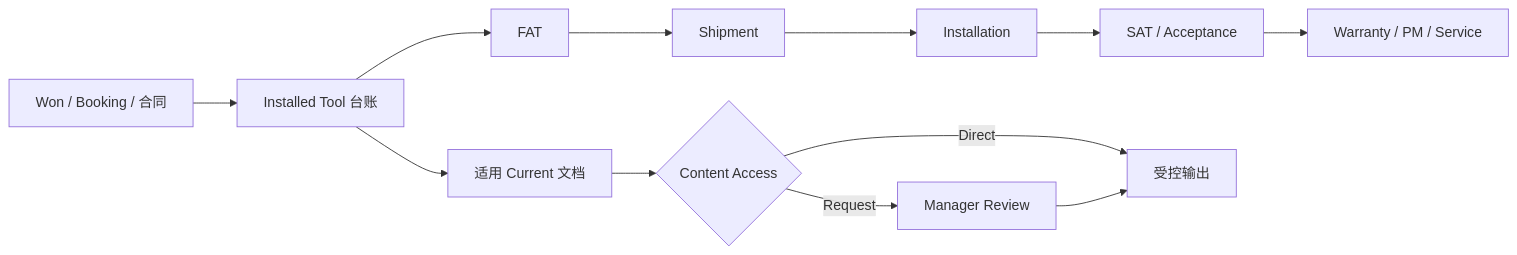
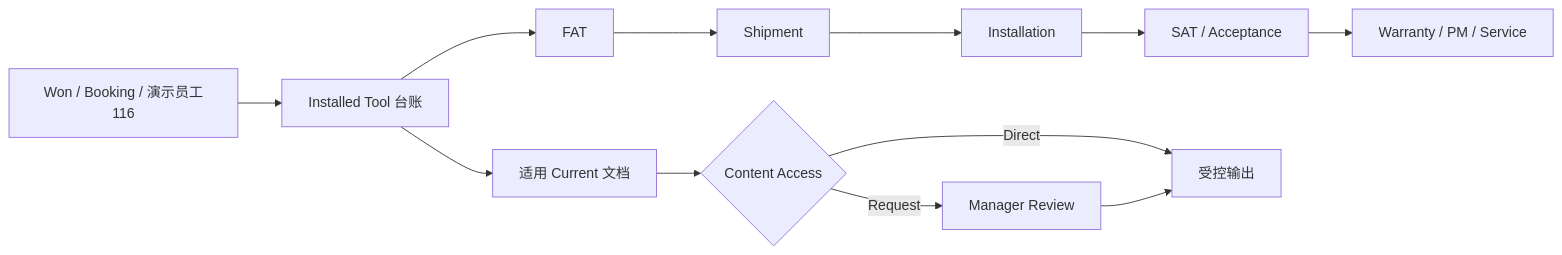
Before and after one commit to Meteor7/crm-system: the third of 3 diagrams in docs/crm-user-operation-manual.md, drawn with Mermaid. The commit also changed other lines of this file and 233 other files, not shown here.

````diff
--- a/docs/crm-user-operation-manual.md
+++ b/docs/crm-user-operation-manual.md
@@ -158,14 +158,14 @@
 ```mermaid
 flowchart LR
-    A["Won / Booking / 合同"] --> B["Installed Tool 台账"]
+    A["Won / Booking / 演示员工116"] --> B["Installed Tool 台账"]
     B --> C["FAT"]
     C --> D["Shipment"]
     D --> E["Installation"]
     E --> F["SAT / Acceptance"]
     F --> G["Warranty / PM / Service"]
     B --> H["适用 Current 文档"]
     H --> I{"Content Access"}
     I -->|Direct| J["受控输出"]
     I -->|Request| K["Manager Review"]
     K --> J
 ```
````
